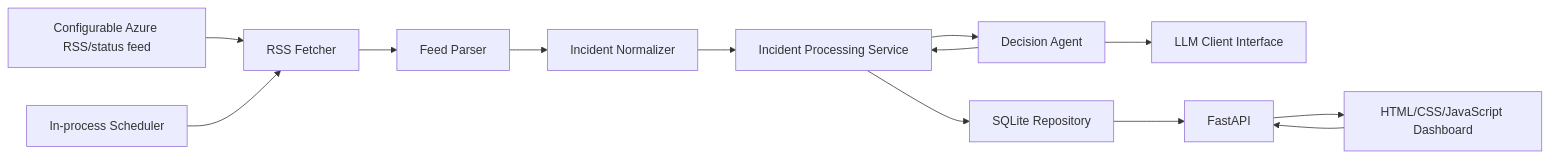
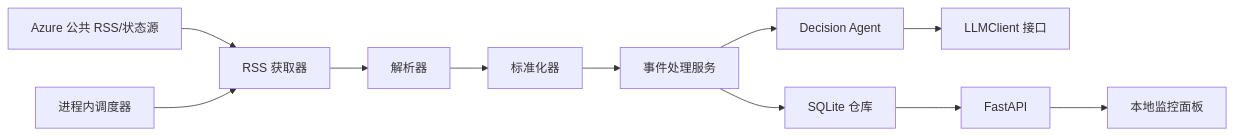
The diagram in SPEC.md (tuzhechen2005/task4-azure-incident-agent), drawn with Mermaid before and after one commit. The commit also changed other lines of this file and 3 other files, not shown here.

````diff
--- a/SPEC.md
+++ b/SPEC.md
@@ -92,15 +25,8 @@
 ```mermaid
 flowchart LR
-    RSS["Configurable Azure RSS/status feed"] --> Fetcher["RSS Fetcher"]
-    Scheduler["In-process Scheduler"] --> Fetcher
-    Fetcher --> Parser["Feed Parser"]
-    Parser --> Normalizer["Incident Normalizer"]
-    Normalizer --> Service["Incident Processing Service"]
-    Service --> Repo["SQLite Repository"]
-    Service --> Agent["Decision Agent"]
-    Agent --> LLM["LLM Client Interface"]
-    Agent --> Service
-    Repo --> API["FastAPI"]
-    API --> Dashboard["HTML/CSS/JavaScript Dashboard"]
-    Dashboard --> API
+    RSS["Azure 公共 RSS/状态源"] --> Fetcher["RSS 获取器"] --> Parser["解析器"] --> Normalizer["标准化器"]
+    Scheduler["进程内调度器"] --> Fetcher
+    Normalizer --> Service["事件处理服务"]
+    Service --> Agent["Decision Agent"] --> LLM["LLMClient 接口"]
+    Service --> DB["SQLite 仓库"] --> API["FastAPI"] --> UI["本地监控面板"]
 ```
````
